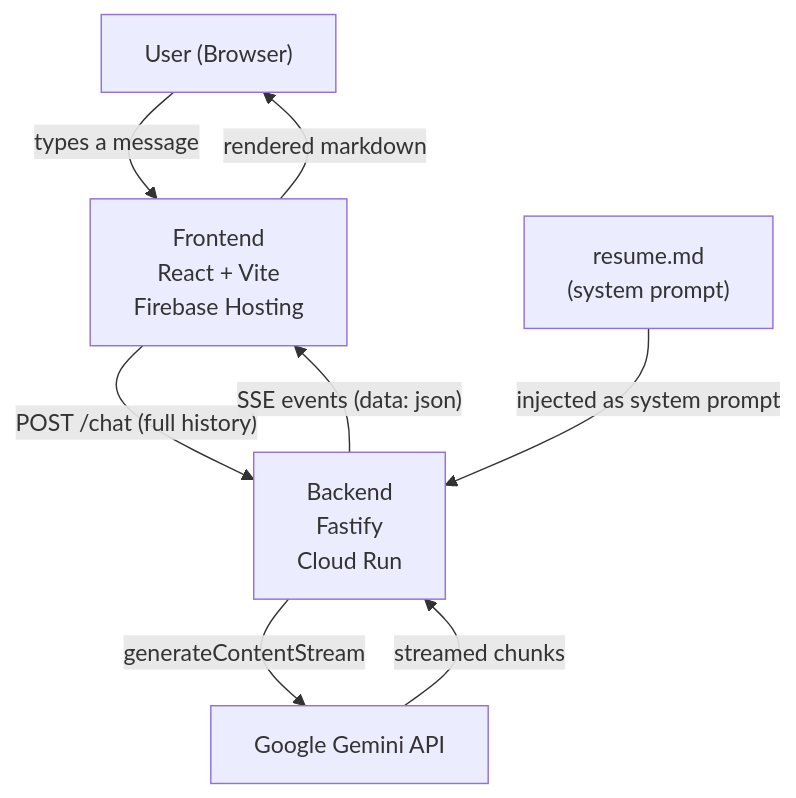
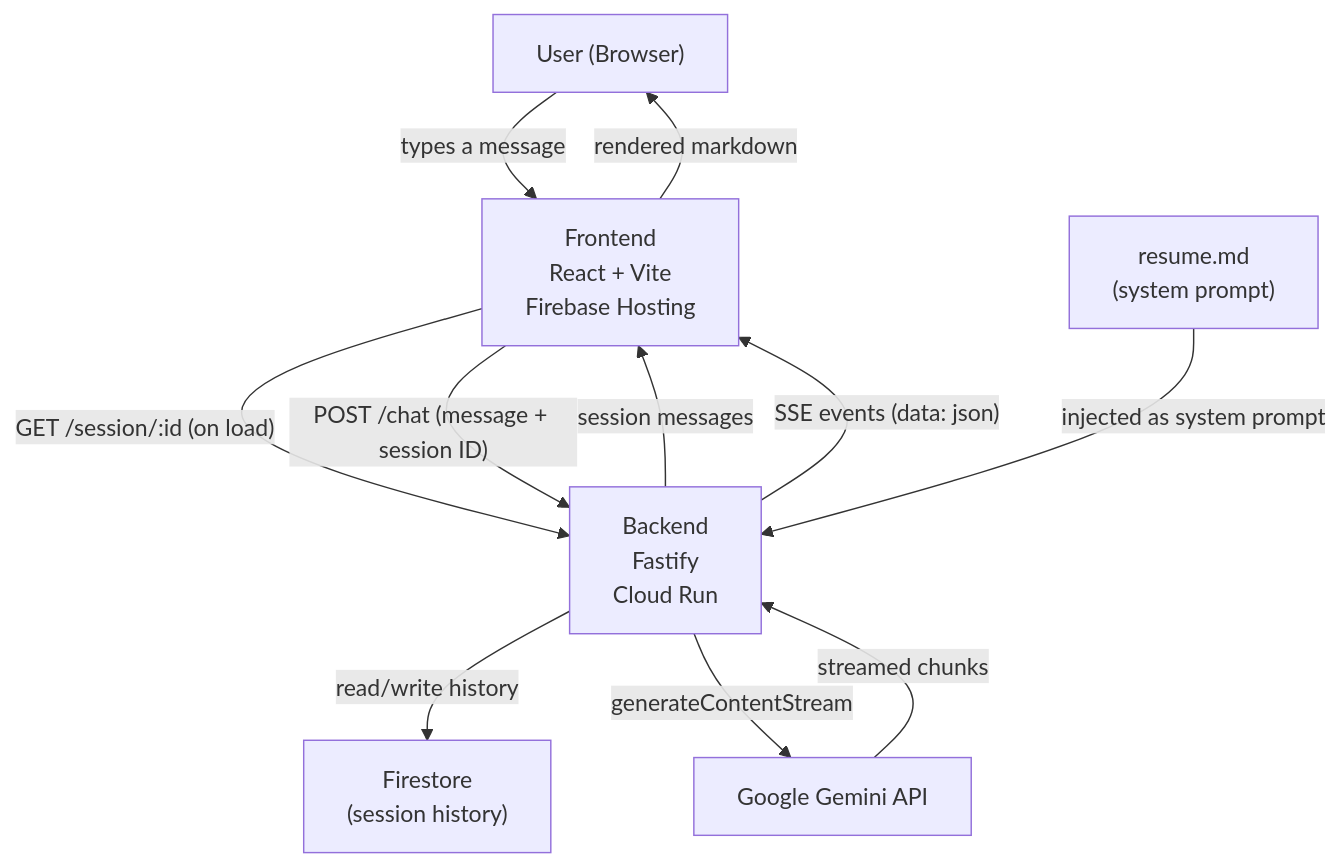
Before and after one commit to aaron-edwards/resume-bot: the diagram in README.md, drawn with Mermaid. The commit also changed other lines of this file and 12 other files, not shown here.

````diff
--- a/README.md
+++ b/README.md
@@ -21,16 +21,20 @@
 ```mermaid
 graph TD
     User["User (Browser)"]
     Web["Frontend\nReact + Vite\nFirebase Hosting"]
     API["Backend\nFastify\nCloud Run"]
     Gemini["Google Gemini API"]
     Resume["resume.md\n(system prompt)"]
+    Firestore["Firestore\n(session history)"]
 
     User -->|"types a message"| Web
-    Web -->|"POST /chat (full history)"| API
+    Web -->|"GET /session/:id (on load)"| API
+    API -->|"session messages"| Web
+    Web -->|"POST /chat (message + session ID)"| API
+    API -->|"read/write history"| Firestore
     Resume -->|"injected as system prompt"| API
     API -->|"generateContentStream"| Gemini
     Gemini -->|"streamed chunks"| API
     API -->|"SSE events (data: json)"| Web
     Web -->|"rendered markdown"| User
 ```
````
